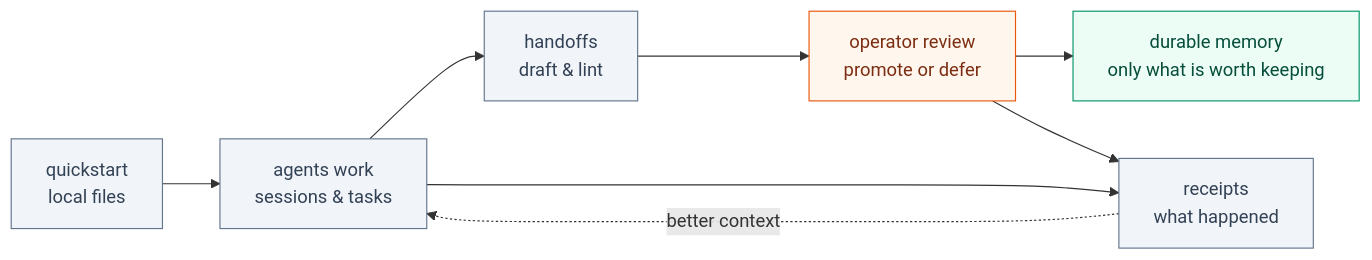
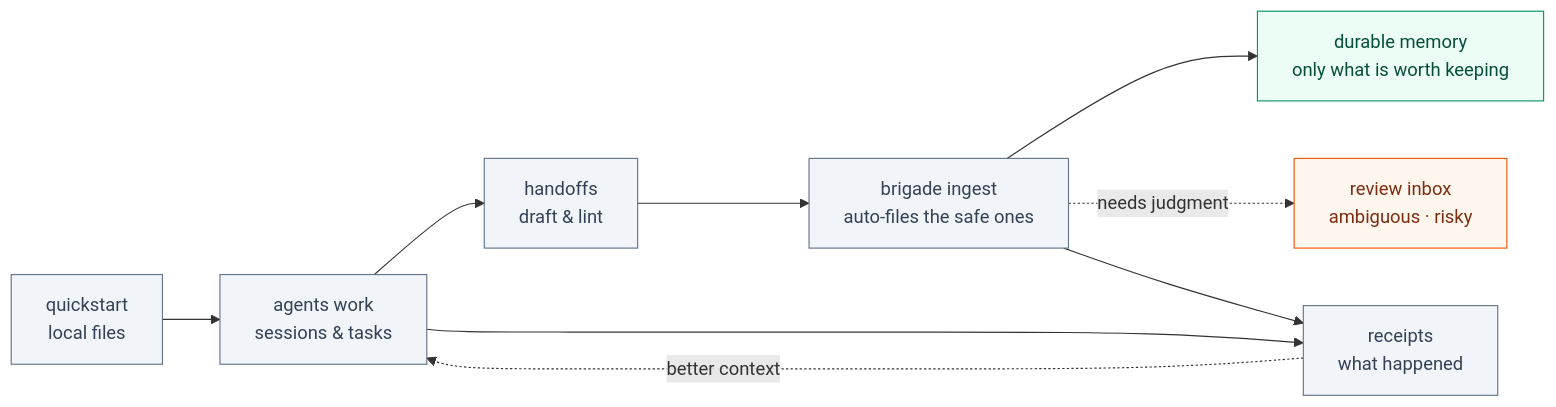
One commit to escoffier-labs/brigade changed the fifth of 13 diagrams in docs/overview.md. Above: the diagram before and after it, drawn with Mermaid. The commit also changed other lines of this file and 4 other files, not shown here.

First line of the commit message:
docs: reframe memory promotion as auto-first, not human-in-review

````diff
--- a/docs/overview.md
+++ b/docs/overview.md
@@ -269,21 +269,23 @@
 ```mermaid
 flowchart LR
     SETUP["quickstart<br/>local files"]
     WORK["agents work<br/>sessions & tasks"]
     HANDOFF["handoffs<br/>draft & lint"]
-    REVIEW["operator review<br/>promote or defer"]
+    INGEST["brigade ingest<br/>auto-files the safe ones"]
     MEMORY["durable memory<br/>only what is worth keeping"]
+    REVIEW["review inbox<br/>ambiguous · risky"]
     RECEIPTS["receipts<br/>what happened"]
 
-    SETUP --> WORK --> HANDOFF --> REVIEW --> MEMORY
+    SETUP --> WORK --> HANDOFF --> INGEST --> MEMORY
+    INGEST -.->|needs judgment| REVIEW
     WORK --> RECEIPTS
-    REVIEW --> RECEIPTS
+    INGEST --> RECEIPTS
     RECEIPTS -. better context .-> WORK
 
     classDef step fill:#f1f5f9,stroke:#64748b,color:#334155;
     classDef gate fill:#fff7ed,stroke:#ea580c,color:#7c2d12;
     classDef memory fill:#ecfdf5,stroke:#059669,color:#064e3b;
-    class SETUP,WORK,HANDOFF,RECEIPTS step;
+    class SETUP,WORK,HANDOFF,INGEST,RECEIPTS step;
     class REVIEW gate;
     class MEMORY memory;
 ```
````
